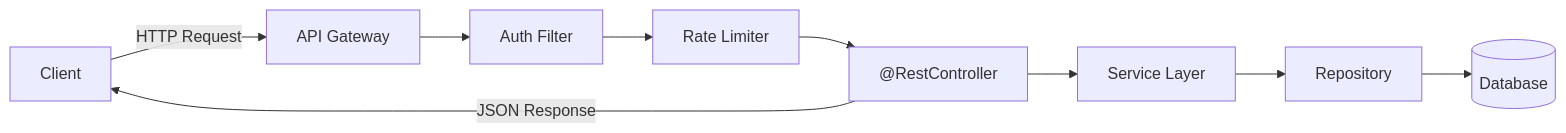
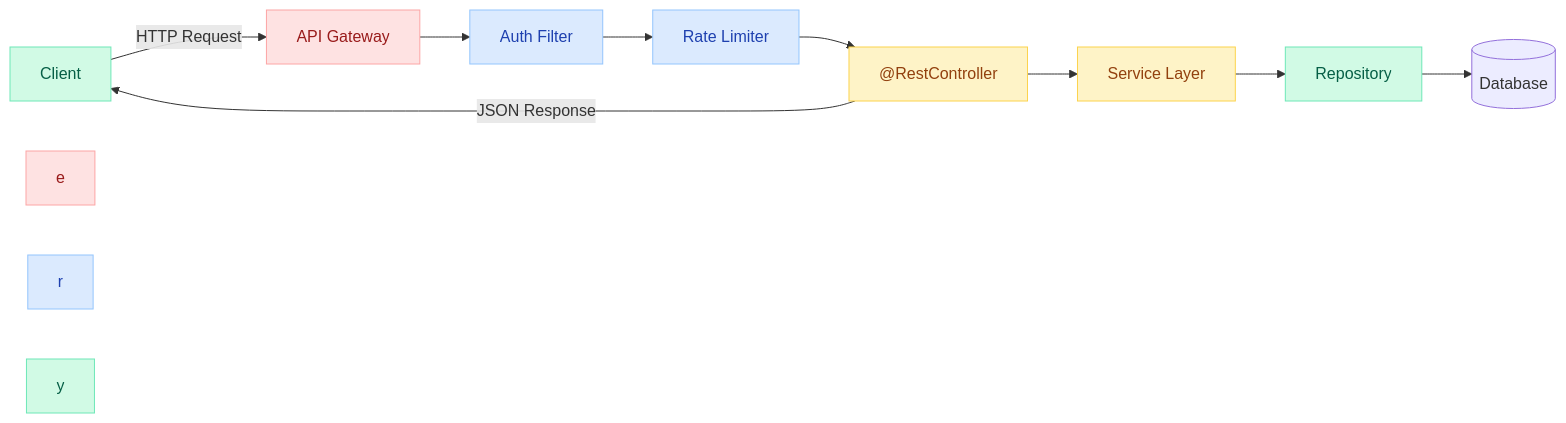
One commit to saivamsikaruturi/vamsilabs-dev-notes-main changed the first of 3 diagrams in docs/springboot/restapibestpractices.md. Above: the diagram before and after it, drawn with Mermaid. The commit also changed other lines of this file and 220 other files, not shown here.

First line of the commit message:
Add 50+ new Java/Spring Boot pages, rewrite CSS code blocks to Oracle style, fix all diagram colors

````diff
--- a/docs/springboot/restapibestpractices.md
+++ b/docs/springboot/restapibestpractices.md
@@ -5,11 +5,22 @@
 ```mermaid
 flowchart LR
     Client -->|"HTTP Request"| Gateway["API Gateway"]
     Gateway --> Auth["Auth Filter"]
     Auth --> RateLimit["Rate Limiter"]
     RateLimit --> Controller["@RestController"]
     Controller --> Service["Service Layer"]
     Service --> Repo["Repository"]
     Repo --> DB[(Database)]
     Controller -->|"JSON Response"| Client
+
+    style Auth fill:#DBEAFE,stroke:#93C5FD,color:#1E40AF
+    style Client fill:#D1FAE5,stroke:#6EE7B7,color:#065F46
+    style Controller fill:#FEF3C7,stroke:#FCD34D,color:#92400E
+    style Gateway fill:#FEE2E2,stroke:#FCA5A5,color:#991B1B
+    style RateLimit fill:#DBEAFE,stroke:#93C5FD,color:#1E40AF
+    style Repo fill:#D1FAE5,stroke:#6EE7B7,color:#065F46
+    style Service fill:#FEF3C7,stroke:#FCD34D,color:#92400E
+    style e fill:#FEE2E2,stroke:#FCA5A5,color:#991B1B
+    style r fill:#DBEAFE,stroke:#93C5FD,color:#1E40AF
+    style y fill:#D1FAE5,stroke:#6EE7B7,color:#065F46
 ```
````
